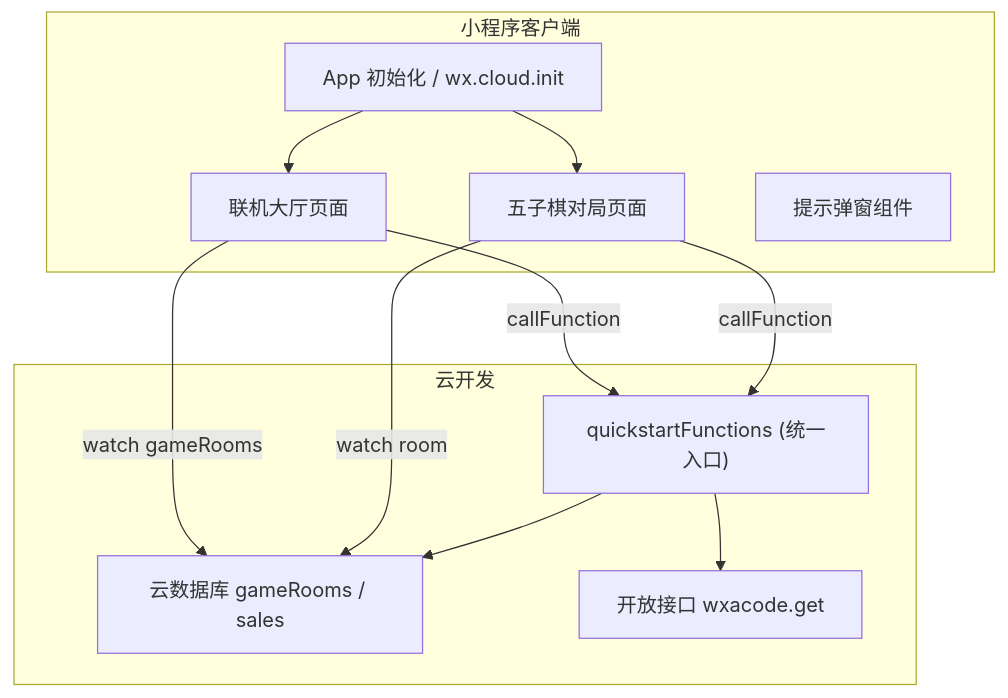
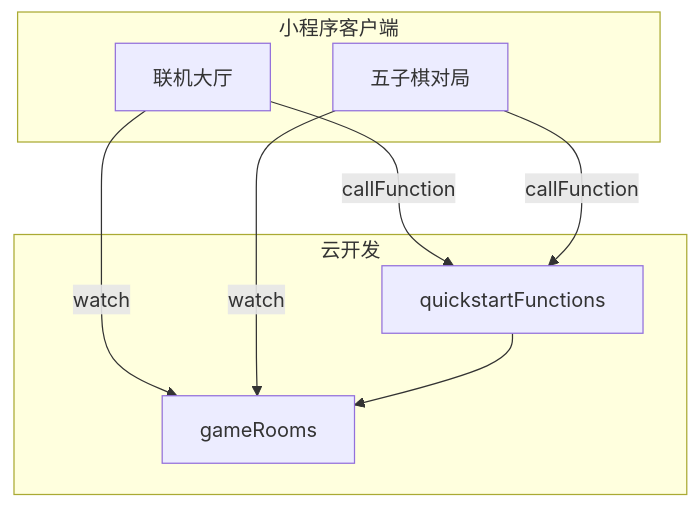
Before and after one commit to duwenbin0316/wx-game-app: the first of 4 diagrams in .mini-wiki/wiki/architecture.md, drawn with Mermaid. The commit also changed other lines of this file and 5 other files, not shown here.

````diff
--- a/.mini-wiki/wiki/architecture.md
+++ b/.mini-wiki/wiki/architecture.md
@@ -15,22 +14,16 @@
 ```mermaid
 flowchart TB
   subgraph Client["小程序客户端"]
-    AppInit["App 初始化 / wx.cloud.init"]
-    OnlinePage["联机大厅页面"]
-    GamePage["五子棋对局页面"]
-    TipModal["提示弹窗组件"]
+    OnlinePage["联机大厅"]
+    GamePage["五子棋对局"]
   end
   subgraph Cloud["云开发"]
-    Function["quickstartFunctions (统一入口)"]
-    Database["云数据库 gameRooms / sales"]
-    OpenAPI["开放接口 wxacode.get"]
+    Function["quickstartFunctions"]
+    Database["gameRooms"]
   end
-  AppInit --> OnlinePage
-  AppInit --> GamePage
   OnlinePage -->|callFunction| Function
   GamePage -->|callFunction| Function
-  OnlinePage -->|watch gameRooms| Database
-  GamePage -->|watch room| Database
+  OnlinePage -->|watch| Database
+  GamePage -->|watch| Database
   Function --> Database
-  Function --> OpenAPI
 ```
````
